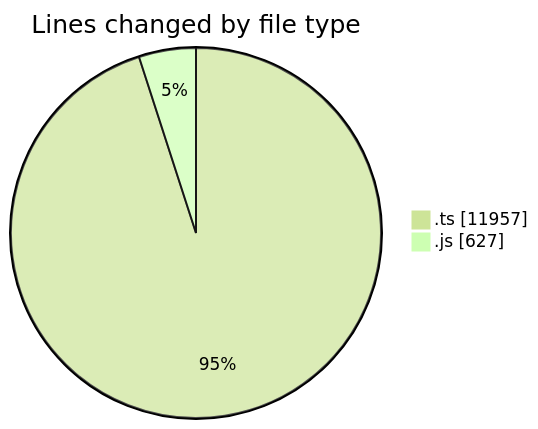
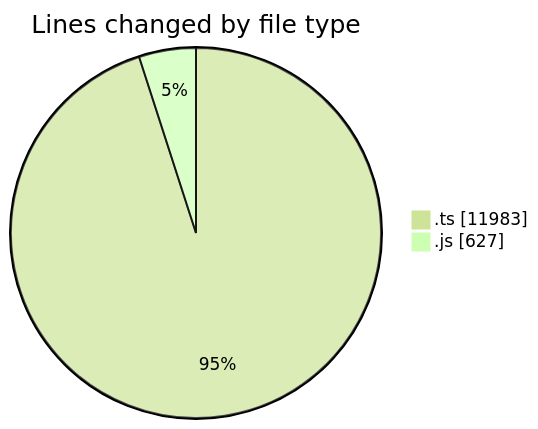
One commit to momahboobian/code-tracking changed the first of 2 diagrams in 2025-09-05/cda/README.md. Above: the diagram before and after it, drawn with Mermaid (forest theme). The commit also changed other lines of this file and 1 other file, not shown here.

````diff
--- a/2025-09-05/cda/README.md
+++ b/2025-09-05/cda/README.md
@@ -23,6 +23,6 @@
 ```mermaid
 pie showData
 title Lines changed by file type
-".ts" : 11957
+".ts" : 11983
 ".js" : 627
 ```
````
